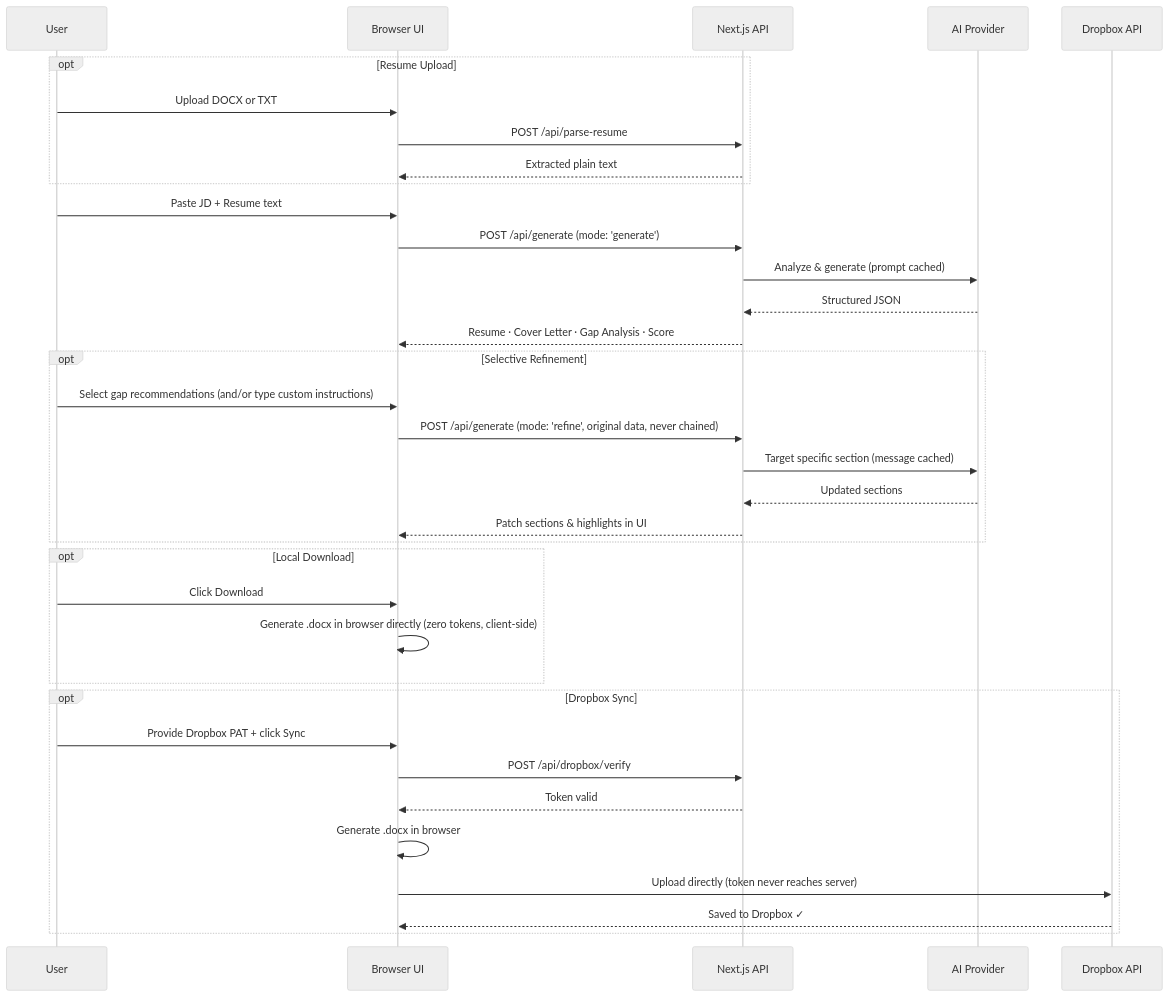
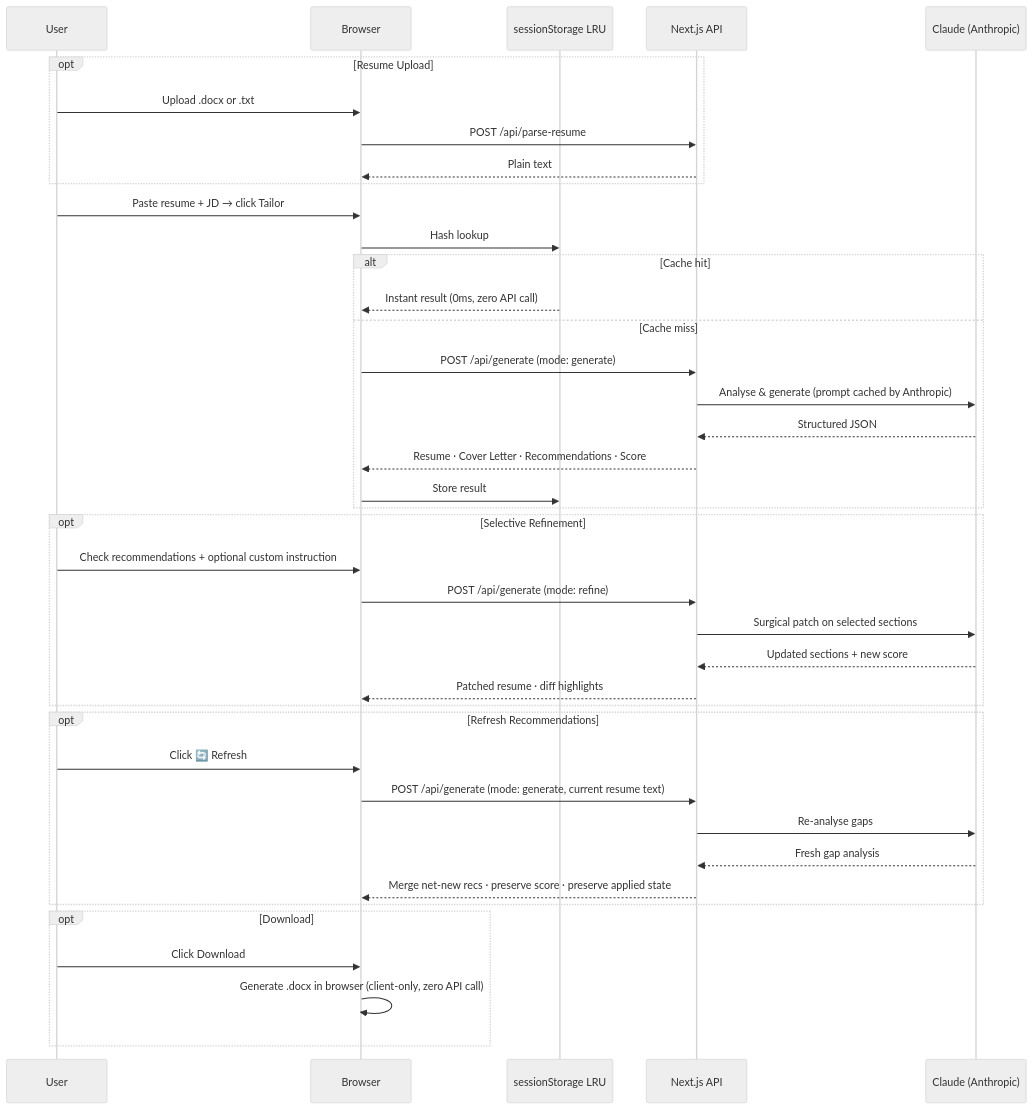
One commit to hardikshukla/resume-builder changed the diagram in README.md. Above: the diagram before and after it, drawn with Mermaid (neutral theme). The commit also changed other lines of this file, not shown here.

Commit message:
feat: update README to reflect new features and improvements in resume builder

````diff
--- a/README.md
+++ b/README.md
@@ -110,42 +169,47 @@
 ```mermaid
 sequenceDiagram
     participant U as User
-    participant UI as Browser UI
+    participant UI as Browser
+    participant CACHE as sessionStorage LRU
     participant API as Next.js API
-    participant LLM as AI Provider
-    participant DBX as Dropbox API
+    participant LLM as Claude (Anthropic)
 
     opt Resume Upload
-        U->>UI: Upload DOCX or TXT
+        U->>UI: Upload .docx or .txt
         UI->>API: POST /api/parse-resume
-        API-->>UI: Extracted plain text
+        API-->>UI: Plain text
     end
 
-    U->>UI: Paste JD + Resume text
-    UI->>API: POST /api/generate (mode: 'generate')
-    API->>LLM: Analyze & generate (prompt cached)
-    LLM-->>API: Structured JSON
-    API-->>UI: Resume · Cover Letter · Gap Analysis · Score
+    U->>UI: Paste resume + JD → click Tailor
+    UI->>CACHE: Hash lookup
+    alt Cache hit
+        CACHE-->>UI: Instant result (0ms, zero API call)
+    else Cache miss
+        UI->>API: POST /api/generate (mode: generate)
+        API->>LLM: Analyse & generate (prompt cached by Anthropic)
+        LLM-->>API: Structured JSON
+        API-->>UI: Resume · Cover Letter · Recommendations · Score
+        UI->>CACHE: Store result
+    end
 
     opt Selective Refinement
-        U->>UI: Select gap recommendations (and/or type custom instructions)
-        UI->>API: POST /api/generate (mode: 'refine', original data, never chained)
-        API->>LLM: Target specific section (message cached)
-        LLM-->>API: Updated sections
-        API-->>UI: Patch sections & highlights in UI
+        U->>UI: Check recommendations + optional custom instruction
+        UI->>API: POST /api/generate (mode: refine)
+        API->>LLM: Surgical patch on selected sections
+        LLM-->>API: Updated sections + new score
+        API-->>UI: Patched resume · diff highlights
     end
 
-    opt Local Download
-        U->>UI: Click Download
-        UI->>UI: Generate .docx in browser directly (zero tokens, client-side)
+    opt Refresh Recommendations
+        U->>UI: Click 🔄 Refresh
+        UI->>API: POST /api/generate (mode: generate, current resume text)
+        API->>LLM: Re-analyse gaps
+        LLM-->>API: Fresh gap analysis
+        API-->>UI: Merge net-new recs · preserve score · preserve applied state
     end
 
-    opt Dropbox Sync
-        U->>UI: Provide Dropbox PAT + click Sync
-        UI->>API: POST /api/dropbox/verify
-        API-->>UI: Token valid
-        UI->>UI: Generate .docx in browser
-        UI->>DBX: Upload directly (token never reaches server)
-        DBX-->>UI: Saved to Dropbox ✓
+    opt Download
+        U->>UI: Click Download
+        UI->>UI: Generate .docx in browser (client-only, zero API call)
     end
 ```
````
